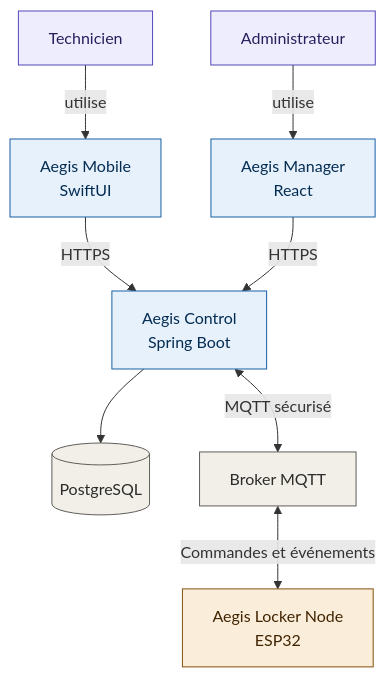
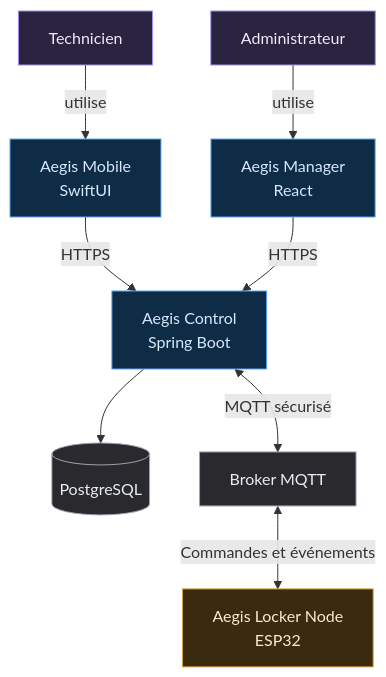
The diagram in docs/diagrams/architecture-globale.md (PhilJordan18/aegis), drawn with Mermaid before and after one commit. The commit also changed 7 other files, not shown here.

First line of the commit message:
docs(diagrams): physical architecture of the locker (prototype-level) (#2)

````diff
--- a/docs/diagrams/architecture-globale.md
+++ b/docs/diagrams/architecture-globale.md
@@ -7,24 +7,24 @@
 ```mermaid
 flowchart TD
     TECH["Technicien"]:::persona
     ADMIN["Administrateur"]:::persona
     IOS["Aegis Mobile<br/>SwiftUI"]:::software
     WEB["Aegis Manager<br/>React"]:::software
     API["Aegis Control<br/>Spring Boot"]:::software
     DB[("PostgreSQL")]:::infra
     BROKER["Broker MQTT"]:::infra
     NODE["Aegis Locker Node<br/>ESP32"]:::hardware
 
     TECH -->|utilise| IOS
     ADMIN -->|utilise| WEB
     IOS -->|HTTPS| API
     WEB -->|HTTPS| API
     API --> DB
     API <-->|MQTT sécurisé| BROKER
     BROKER <-->|Commandes et événements| NODE
 
-    classDef persona fill:#EEEDFE,stroke:#534AB7,color:#26215C
-    classDef software fill:#E6F1FB,stroke:#185FA5,color:#042C53
-    classDef infra fill:#F1EFE8,stroke:#5F5E5A,color:#2C2C2A
-    classDef hardware fill:#FAEEDA,stroke:#854F0B,color:#412402
+    classDef persona fill:#2B2440,stroke:#9F91F0,color:#EDE9FE
+    classDef software fill:#0F2C46,stroke:#58A6FF,color:#D6E8FB
+    classDef infra fill:#2A2A2E,stroke:#9CA3AF,color:#E6EDF3
+    classDef hardware fill:#3A2A0E,stroke:#D9A441,color:#FCEACD
 ```
````
